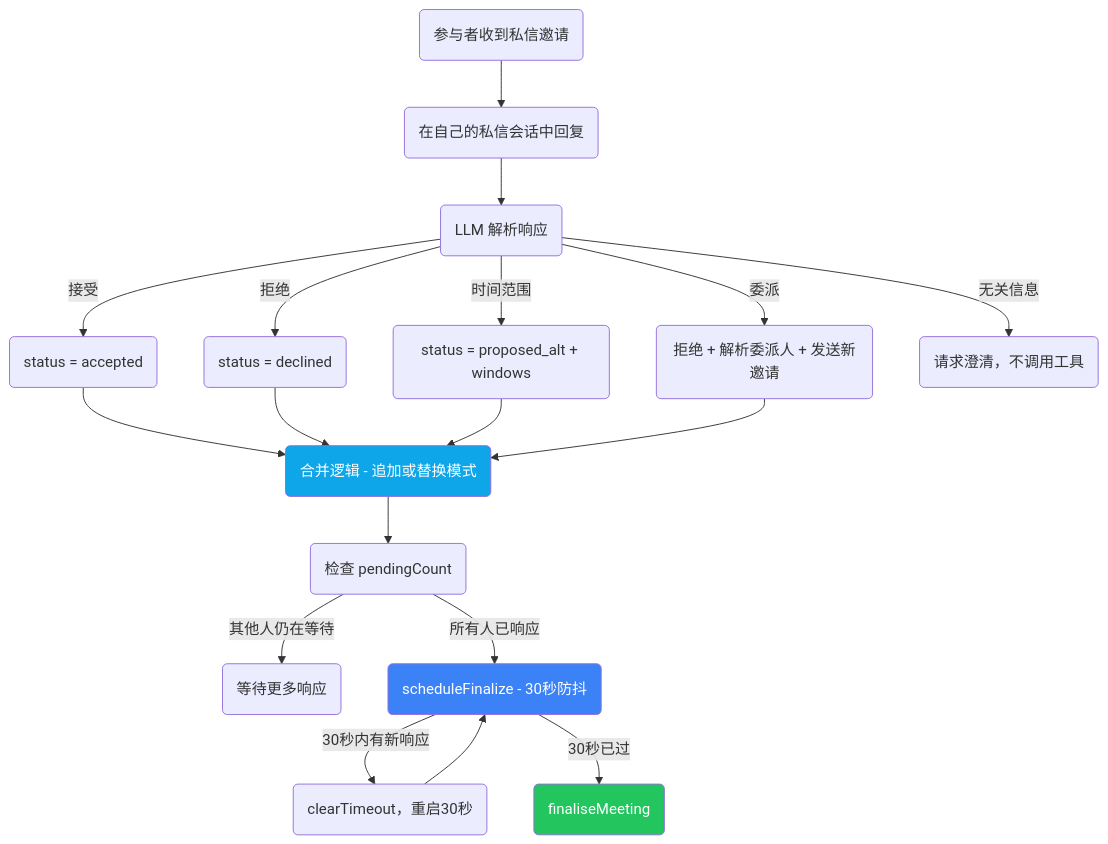
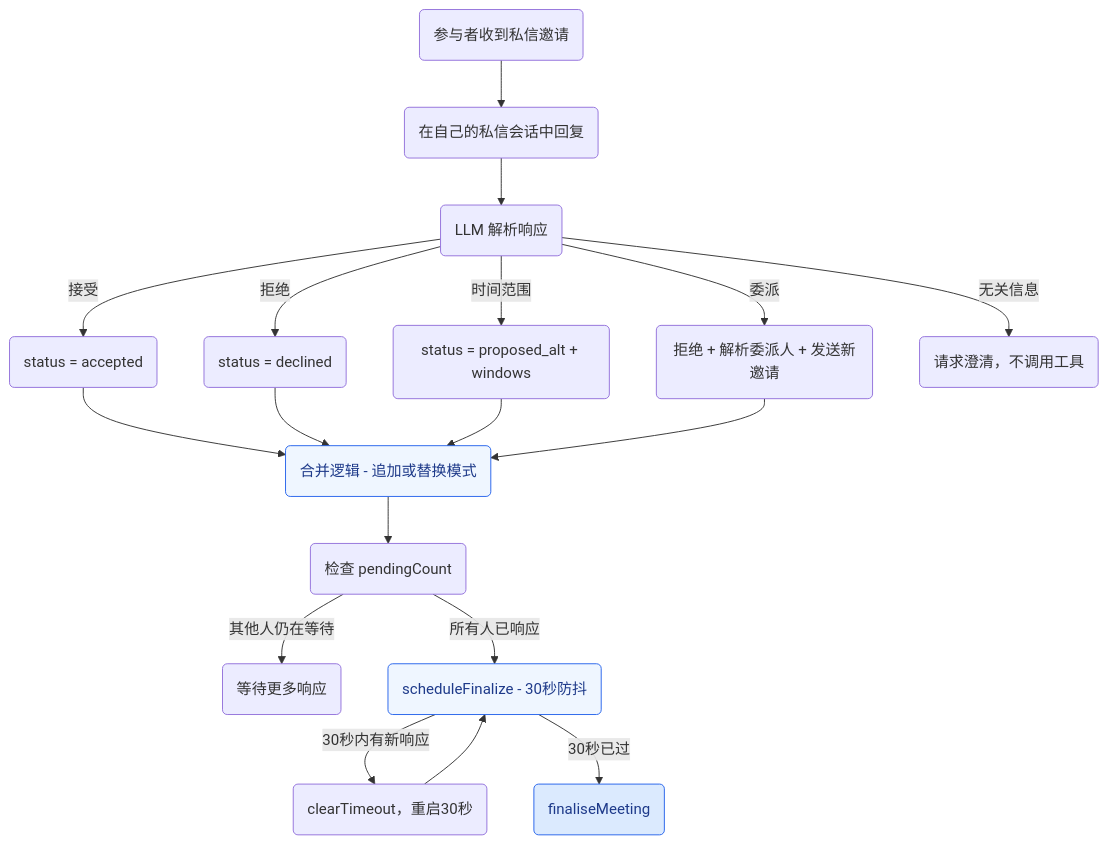
The fourth of 13 diagrams in README.zh-CN.md (javana3/claw_meeting_all), drawn with Mermaid before and after one commit. The commit also changed other lines of this file and 3 other files, not shown here.

````diff
--- a/README.zh-CN.md
+++ b/README.zh-CN.md
@@ -110,26 +110,26 @@
 ```mermaid
 graph TD
     A(参与者收到私信邀请) --> B(在自己的私信会话中回复)
     B --> C(LLM 解析响应)
     C -->|接受| D(status = accepted)
     C -->|拒绝| E(status = declined)
     C -->|时间范围| F(status = proposed_alt + windows)
     C -->|委派| G(拒绝 + 解析委派人 + 发送新邀请)
     C -->|无关信息| H(请求澄清，不调用工具)
 
     D --> MERGE(合并逻辑 - 追加或替换模式)
     E --> MERGE
     F --> MERGE
     G --> MERGE
 
     MERGE --> CHECK(检查 pendingCount)
     CHECK -->|其他人仍在等待| WAIT(等待更多响应)
     CHECK -->|所有人已响应| DEBOUNCE(scheduleFinalize - 30秒防抖)
     DEBOUNCE -->|30秒内有新响应| RESET(clearTimeout，重启30秒)
     RESET --> DEBOUNCE
     DEBOUNCE -->|30秒已过| FINAL(finaliseMeeting)
 
-    style MERGE fill:#0ea5e9,color:#fff
-    style DEBOUNCE fill:#3b82f6,color:#fff
-    style FINAL fill:#22c55e,color:#fff
+    style MERGE fill:#eff6ff,stroke:#2563eb,color:#1e3a8a
+    style DEBOUNCE fill:#eff6ff,stroke:#2563eb,color:#1e3a8a
+    style FINAL fill:#dbeafe,stroke:#2563eb,color:#1e3a8a
 ```
````
